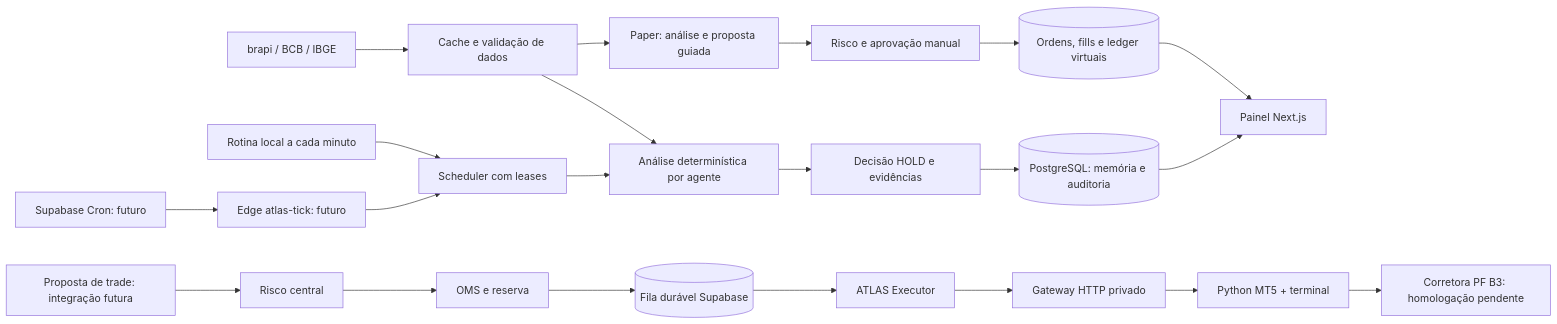
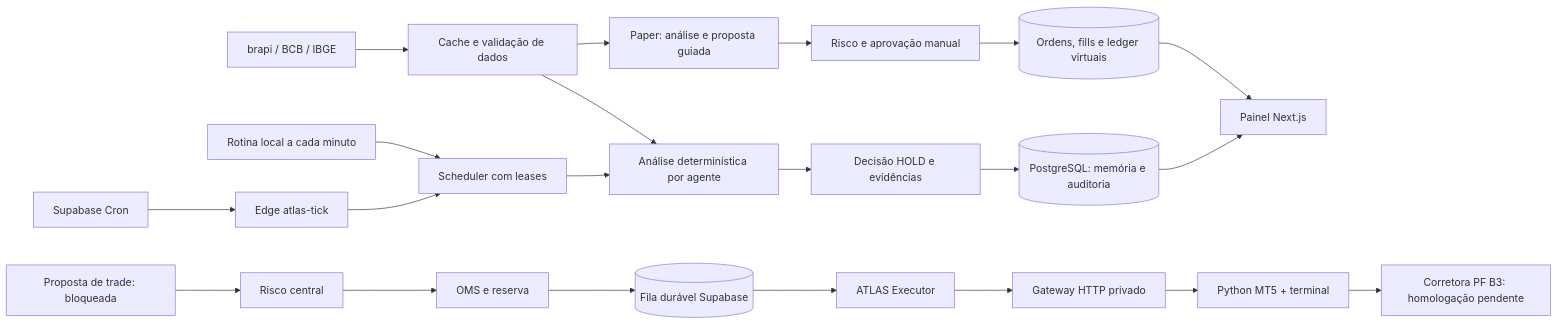
The diagram in README.md (BrenoSilveiraLeal/A.T.L.A.S), drawn with Mermaid before and after one commit. The commit also changed other lines of this file, not shown here.

````diff
--- a/README.md
+++ b/README.md
@@ -11,23 +11,23 @@
 ```mermaid
 flowchart LR
   D[brapi / BCB / IBGE] --> C[Cache e validação de dados]
   C --> A[Análise determinística por agente]
   A --> P[Decisão HOLD e evidências]
   P --> DB[(PostgreSQL: memória e auditoria)]
   DB --> UI[Painel Next.js]
   L[Rotina local a cada minuto] --> J[Scheduler com leases]
-  CR[Supabase Cron: futuro] --> E[Edge atlas-tick: futuro]
+  CR[Supabase Cron] --> E[Edge atlas-tick]
   E --> J[Scheduler com leases]
   J --> A
   C --> PA[Paper: análise e proposta guiada]
   PA --> PR[Risco e aprovação manual]
   PR --> PV[(Ordens, fills e ledger virtuais)]
   PV --> UI
-  F[Proposta de trade: integração futura] --> R[Risco central]
+  F[Proposta de trade: bloqueada] --> R[Risco central]
   R --> O[OMS e reserva]
   O --> Q[(Fila durável Supabase)]
   Q --> X[ATLAS Executor]
   X --> G[Gateway HTTP privado]
   G --> MT[Python MT5 + terminal]
   MT --> B[Corretora PF B3: homologação pendente]
 ```
````
